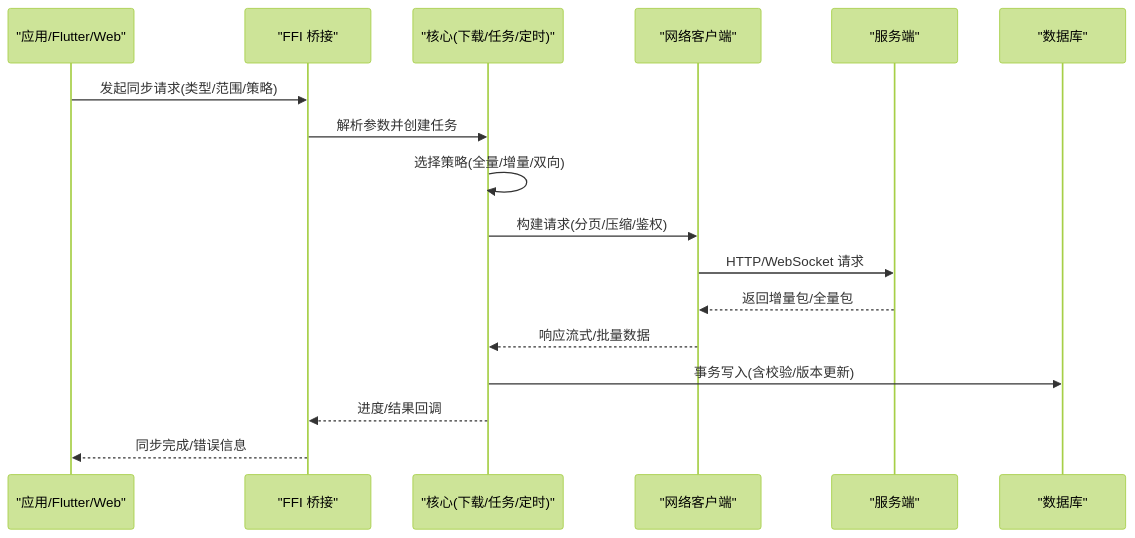
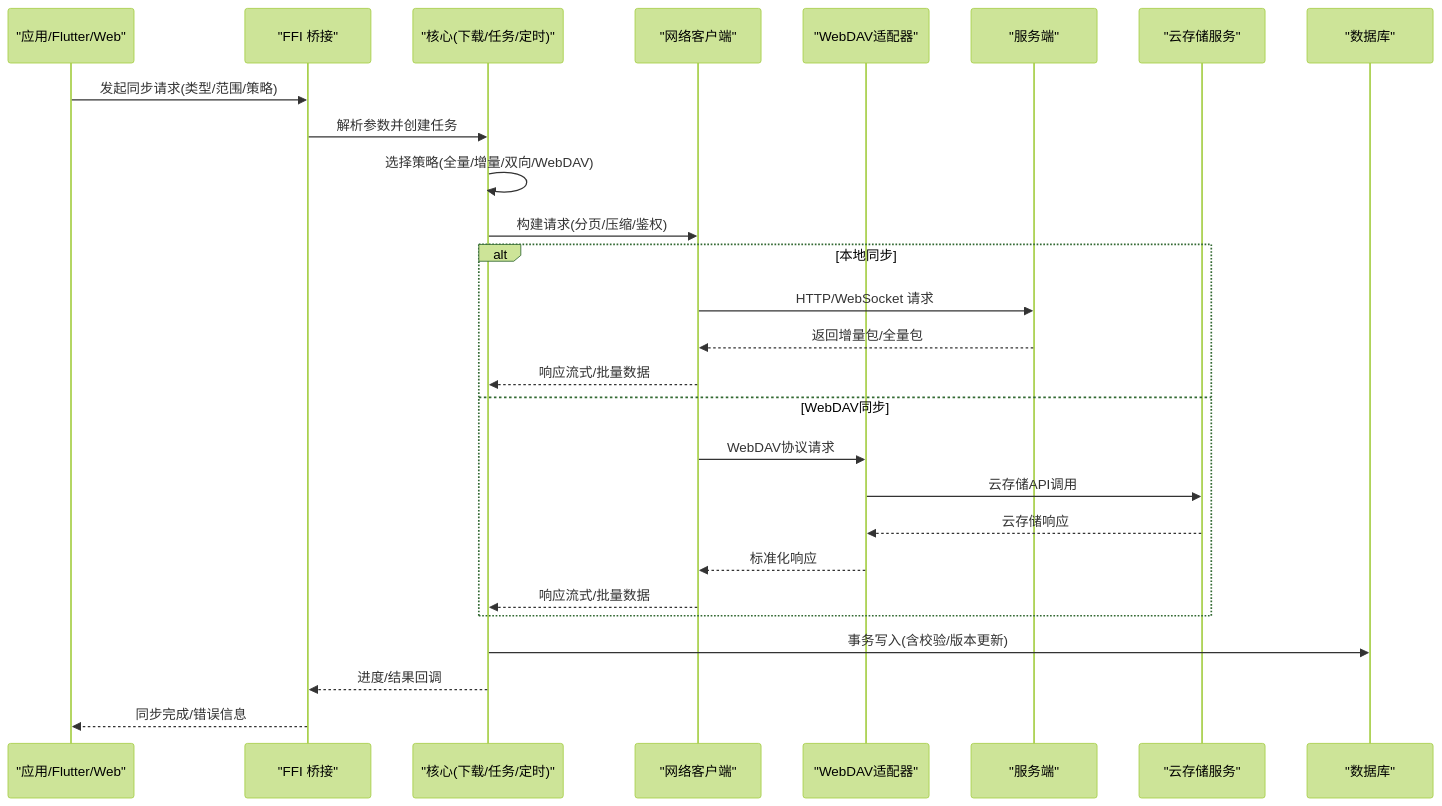
Before and after one commit to ZhangGHGitHub/LegadoTeamFlutter: the second of 11 diagrams in .qoder/repowiki/zh/content/架构设计/分层架构设计/数据访问层/数据同步机制.md, drawn with Mermaid (forest theme). The commit also changed other lines of this file and 66 other files, not shown here.

````diff
--- a/.qoder/repowiki/zh/content/架构设计/分层架构设计/数据访问层/数据同步机制.md
+++ b/.qoder/repowiki/zh/content/架构设计/分层架构设计/数据访问层/数据同步机制.md
@@ -122,19 +131,29 @@
 ```mermaid
 sequenceDiagram
 participant UI as "应用/Flutter/Web"
 participant FFI as "FFI 桥接"
 participant CORE as "核心(下载/任务/定时)"
 participant NET as "网络客户端"
+participant WEBDAV as "WebDAV适配器"
 participant Srv as "服务端"
+participant Cloud as "云存储服务"
 participant DB as "数据库"
 UI->>FFI : 发起同步请求(类型/范围/策略)
 FFI->>CORE : 解析参数并创建任务
-CORE->>CORE : 选择策略(全量/增量/双向)
+CORE->>CORE : 选择策略(全量/增量/双向/WebDAV)
 CORE->>NET : 构建请求(分页/压缩/鉴权)
+alt 本地同步
 NET->>Srv : HTTP/WebSocket 请求
 Srv-->>NET : 返回增量包/全量包
 NET-->>CORE : 响应流式/批量数据
+else WebDAV同步
+NET->>WEBDAV : WebDAV协议请求
+WEBDAV->>Cloud : 云存储API调用
+Cloud-->>WEBDAV : 云存储响应
+WEBDAV-->>NET : 标准化响应
+NET-->>CORE : 响应流式/批量数据
+end
 CORE->>DB : 事务写入(含校验/版本更新)
 CORE-->>FFI : 进度/结果回调
 FFI-->>UI : 同步完成/错误信息
 ```
````
